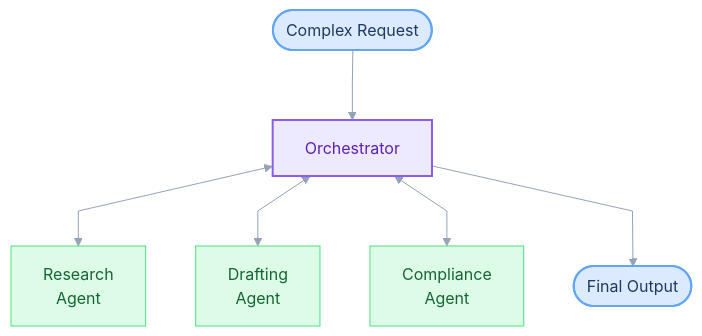
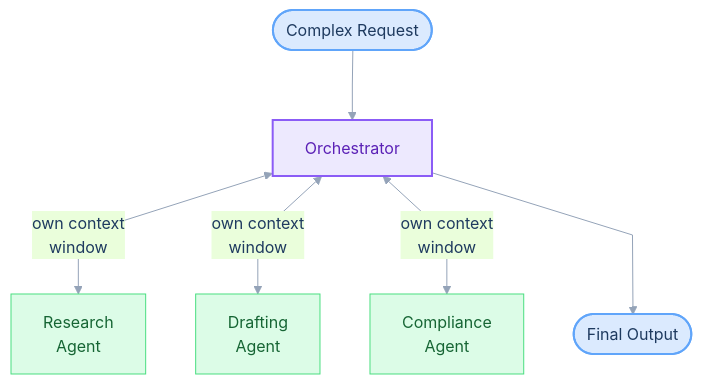
The fifth of 6 diagrams in agents/autonomy-levels/README.md (daveebbelaar/ai-cookbook), drawn with Mermaid before and after one commit. The commit also changed other lines of this file, not shown here.

Commit message:
Enhance README.md for AI Autonomy Levels by clarifying Level 4 capabilities and expanding Level 5 orchestration details, including subagent and passed-down agent patterns for improved understanding.

````diff
--- a/agents/autonomy-levels/README.md
+++ b/agents/autonomy-levels/README.md
@@ -166,28 +187,28 @@
 ```mermaid
 ---
 config:
   theme: base
   themeVariables:
     primaryColor: "#dbeafe"
     primaryTextColor: "#1e3a5f"
     primaryBorderColor: "#93c5fd"
     lineColor: "#94a3b8"
   flowchart:
     curve: linear
     padding: 16
     nodeSpacing: 50
     rankSpacing: 70
 ---
 flowchart TB
     IN(["Complex Request"]):::input --> ORCH["Orchestrator"]:::orch
 
-    ORCH <--> W1["Research<br>Agent"]:::agent
-    ORCH <--> W2["Drafting<br>Agent"]:::agent
-    ORCH <--> W3["Compliance<br>Agent"]:::agent
+    ORCH <-->|"own context<br>window"| W1["Research<br>Agent"]:::agent
+    ORCH <-->|"own context<br>window"| W2["Drafting<br>Agent"]:::agent
+    ORCH <-->|"own context<br>window"| W3["Compliance<br>Agent"]:::agent
 
     ORCH --> OUT(["Final Output"]):::input
 
     classDef input fill:#dbeafe,stroke:#60a5fa,color:#1e3a5f,stroke-width:2px
     classDef orch fill:#ede9fe,stroke:#8b5cf6,color:#5b21b6,stroke-width:2px
     classDef agent fill:#dcfce7,stroke:#4ade80,color:#166534,stroke-width:1px
 ```
````
